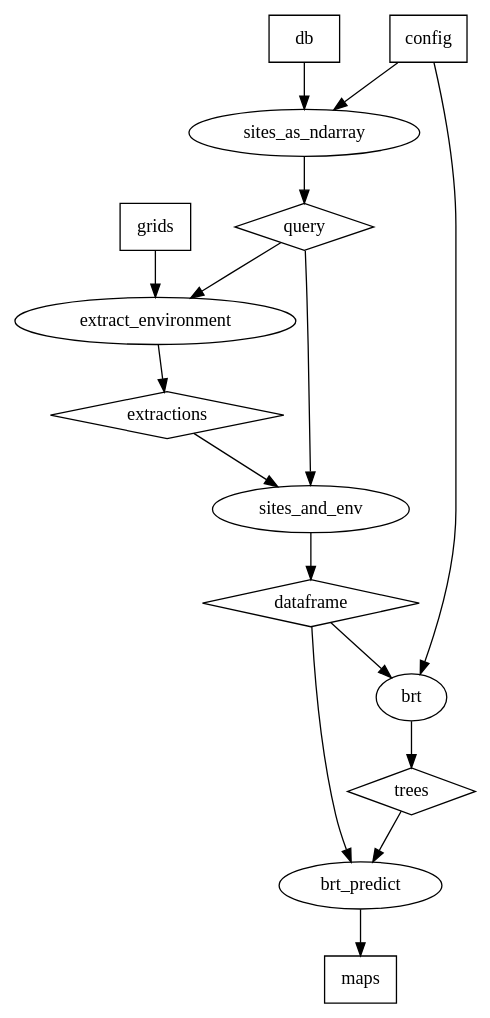
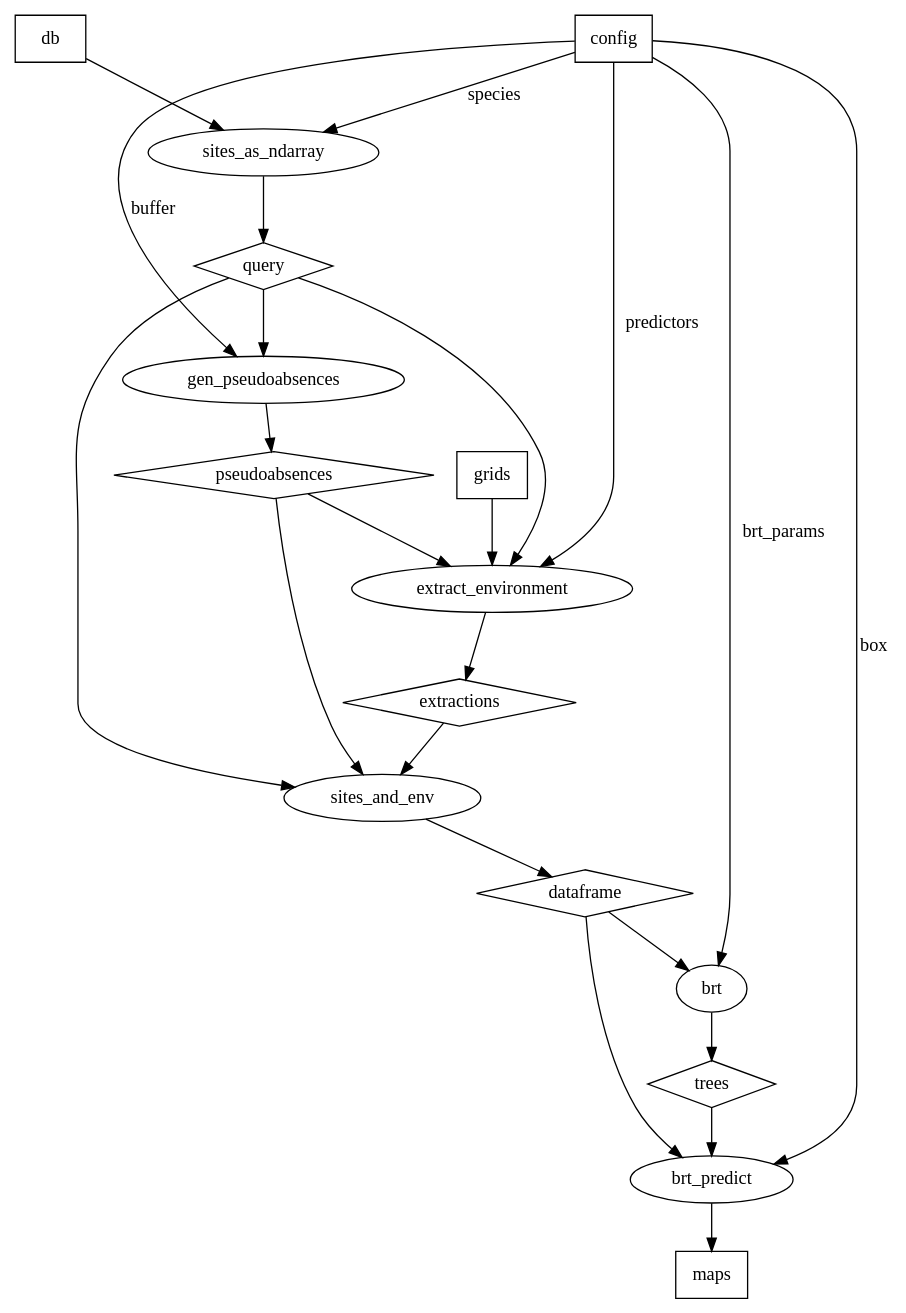
The diagram in structure.dot (malaria-atlas-project/anopheles-brt), drawn with Graphviz before and after one commit. The commit also changed 1 other file, not shown here.

```diff
--- a/structure.dot
+++ b/structure.dot
@@ -1,30 +1,39 @@
 digraph program{
     config [shape=box];
     db [shape=box];
     grids [shape=box];
     
     query [shape=diamond];
-    config -> sites_as_ndarray;
+    config -> sites_as_ndarray [label=species];
     db -> sites_as_ndarray;
     sites_as_ndarray -> query;
     
+    pseudoabsences [shape=diamond];
+    config -> gen_pseudoabsences [label=buffer];
+    query -> gen_pseudoabsences;
+    gen_pseudoabsences -> pseudoabsences;
+    
     extractions [shape=diamond];
     query -> extract_environment;
+    pseudoabsences -> extract_environment;
     grids -> extract_environment;
+    config -> extract_environment [label=predictors];
     extract_environment -> extractions;
     
     dataframe [shape=diamond];
     query -> sites_and_env;
     extractions -> sites_and_env;
+    pseudoabsences -> sites_and_env;
     sites_and_env -> dataframe;
     
     trees [shape=diamond];
-    config -> brt;
+    config -> brt [label=brt_params];
     dataframe -> brt;
     brt -> trees;
     
     maps [shape=box];
     trees -> brt_predict;
     dataframe -> brt_predict;
+    config -> brt_predict [label=box];
     brt_predict -> maps;
 }
```
